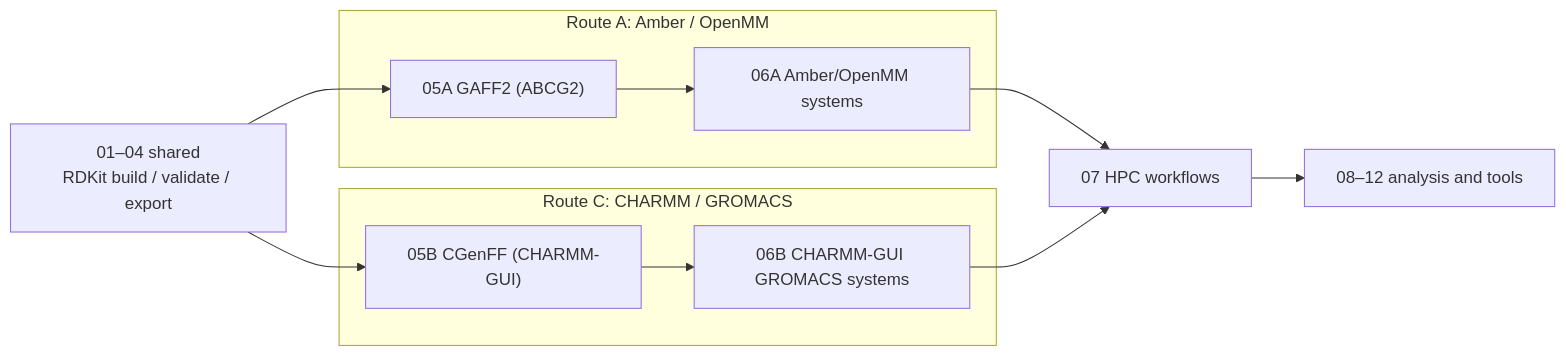
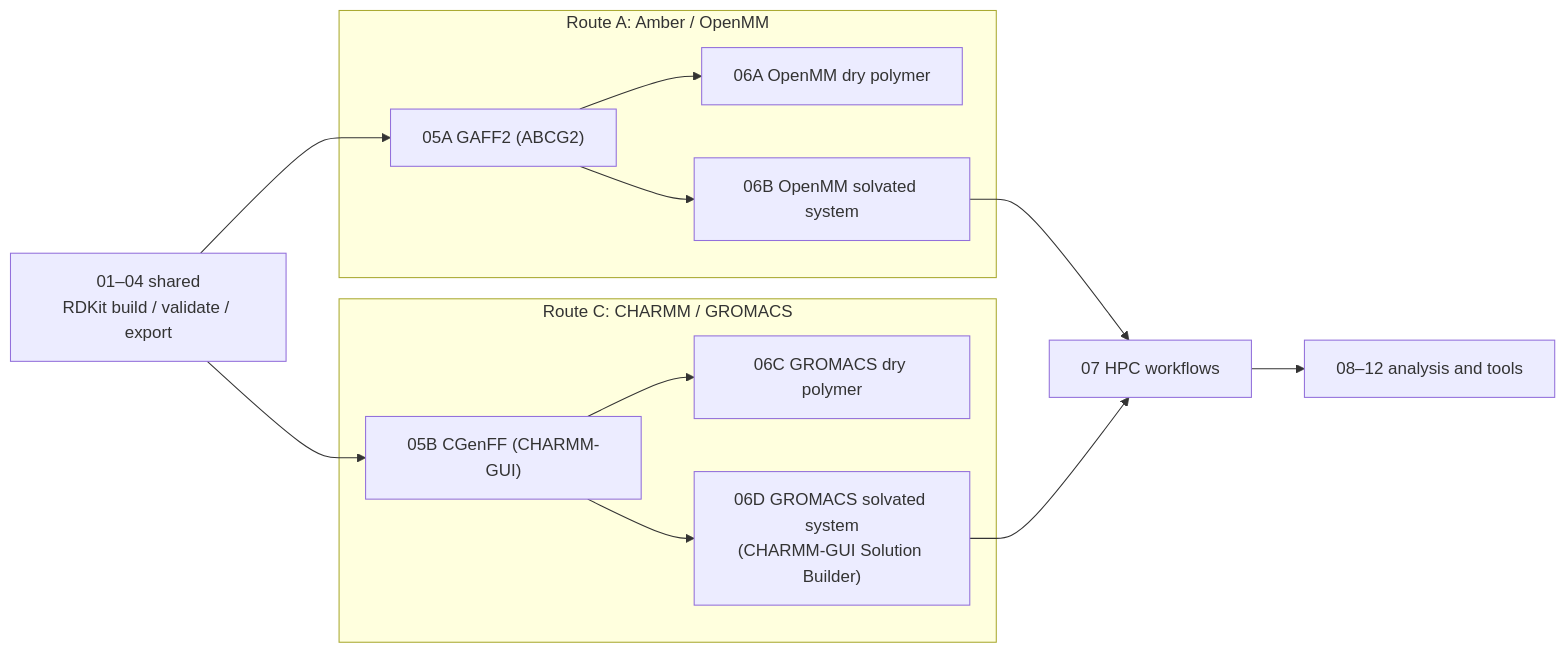
One commit to DanielYyork/iPHAsimulatorV2 changed the diagram in notebooks/README.md. Above: the diagram before and after it, drawn with Mermaid. The commit also changed other lines of this file and 9 other files, not shown here.

First line of the commit message:
Phase 1b: new 06 layout (06A/06B OpenMM, 06C/06D GROMACS)

````diff
--- a/notebooks/README.md
+++ b/notebooks/README.md
@@ -31,15 +32,17 @@
 ```mermaid
 flowchart LR
     S["01–04 shared<br/>RDKit build / validate / export"]
     S --> A5["05A GAFF2 (ABCG2)"]
     S --> C5["05B CGenFF (CHARMM-GUI)"]
     subgraph RA["Route A: Amber / OpenMM"]
-        A5 --> A6["06A Amber/OpenMM systems"]
+        A5 --> A6["06A OpenMM dry polymer"]
+        A5 --> A7["06B OpenMM solvated system"]
     end
     subgraph RC["Route C: CHARMM / GROMACS"]
-        C5 --> C6["06B CHARMM-GUI GROMACS systems"]
+        C5 --> C6["06C GROMACS dry polymer"]
+        C5 --> C7["06D GROMACS solvated system<br/>(CHARMM-GUI Solution Builder)"]
     end
-    A6 --> H["07 HPC workflows"]
-    C6 --> H
+    A7 --> H["07 HPC workflows"]
+    C7 --> H
     H --> X["08–12 analysis and tools"]
 ```
````
